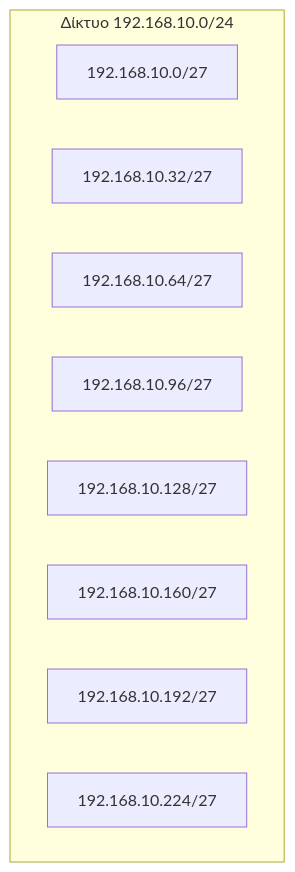
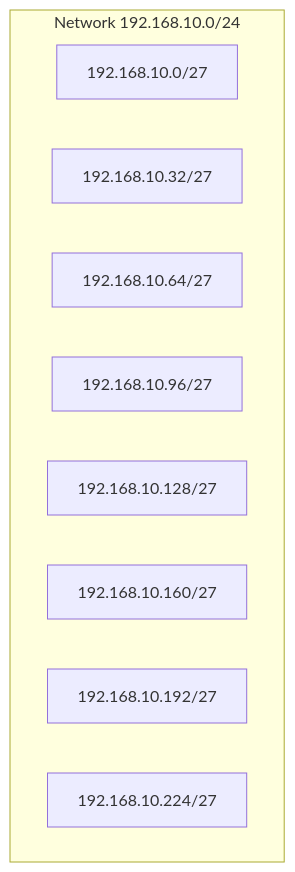
One commit to PanagopoulosNikolaos/DitOpenNotes changed the third of 9 diagrams in Year_1/Semester_2/NETWORKING/Resources/Notes/5. Subnetting.md. Above: the diagram before and after it, drawn with Mermaid. The commit also changed other lines of this file and 61 other files, not shown here.

````diff
--- a/Year_1/Semester_2/NETWORKING/Resources/Notes/5. Subnetting.md
+++ b/Year_1/Semester_2/NETWORKING/Resources/Notes/5. Subnetting.md
@@ -257,13 +257,13 @@
 ```Mermaid
 graph TD
-    subgraph Δίκτυο 192.168.10.0/24
+    subgraph Network 192.168.10.0/24
         A1[192.168.10.0/27]
         A2[192.168.10.32/27]
         A3[192.168.10.64/27]
         A4[192.168.10.96/27]
         A5[192.168.10.128/27]
         A6[192.168.10.160/27]
         A7[192.168.10.192/27]
         A8[192.168.10.224/27]
     end
 ```
````
